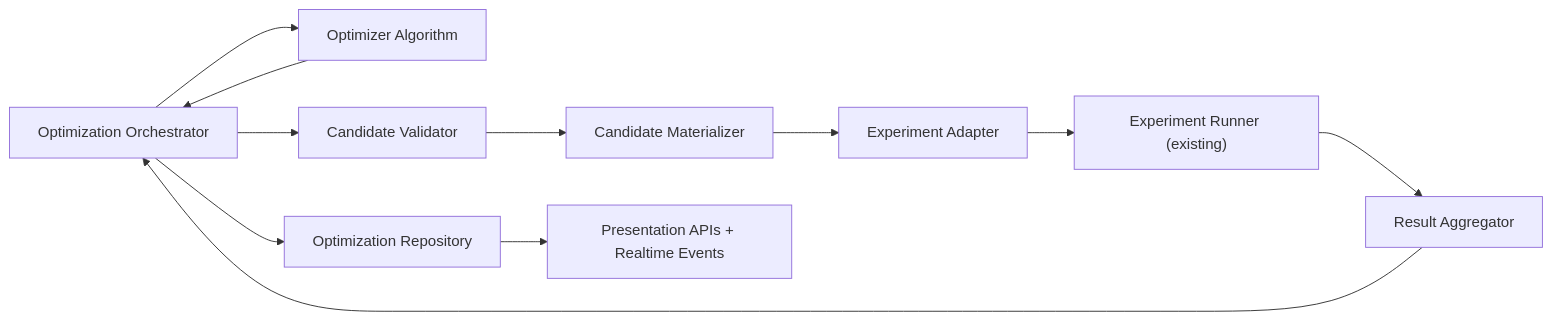
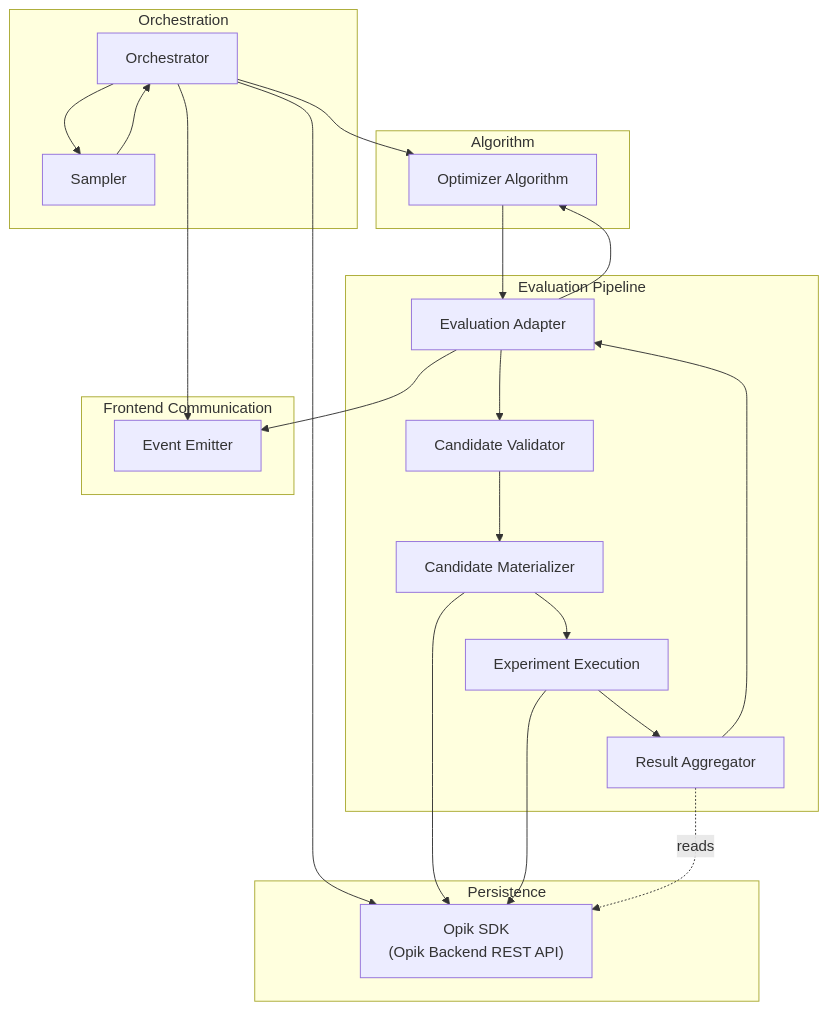
One commit to comet-ml/opik changed the first of 3 diagrams in sdks/opik_optimizer/docs/optimization-framework-design.md. Above: the diagram before and after it, drawn with Mermaid. The commit also changed other lines of this file, not shown here.

````diff
--- a/sdks/opik_optimizer/docs/optimization-framework-design.md
+++ b/sdks/opik_optimizer/docs/optimization-framework-design.md
@@ -47,13 +54,40 @@
 ```mermaid
-flowchart LR
-O["Optimization Orchestrator"] --> A["Optimizer Algorithm"]
-A --> O
-O --> V["Candidate Validator"]
-V --> M["Candidate Materializer"]
-M --> E["Experiment Adapter"]
-E --> R["Experiment Runner (existing)"]
-R --> G["Result Aggregator"]
-G --> O
-O --> P["Optimization Repository"]
-P --> U["Presentation APIs + Realtime Events"]
+flowchart TD
+    subgraph Orchestration
+        O["Orchestrator"]
+        S["Sampler"]
+        O --> S
+        S --> O
+    end
+
+    subgraph Algorithm
+        A["Optimizer Algorithm"]
+    end
+
+    subgraph Evaluation Pipeline
+        EA["Evaluation Adapter"]
+        V["Candidate Validator"]
+        M["Candidate Materializer"]
+        EX["Experiment Execution"]
+        G["Result Aggregator"]
+        EA --> V --> M --> EX --> G --> EA
+    end
+
+    subgraph Persistence
+        SDK["Opik SDK\n(Opik Backend REST API)"]
+    end
+
+    subgraph Frontend Communication
+        EV["Event Emitter"]
+    end
+
+    O --> A
+    A --> EA
+    EA --> A
+    O --> SDK
+    M --> SDK
+    EX --> SDK
+    G -.->|reads| SDK
+    O --> EV
+    EA --> EV
 ```
````
